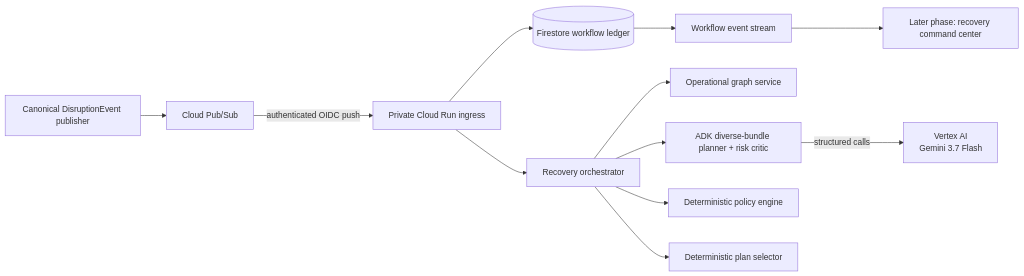
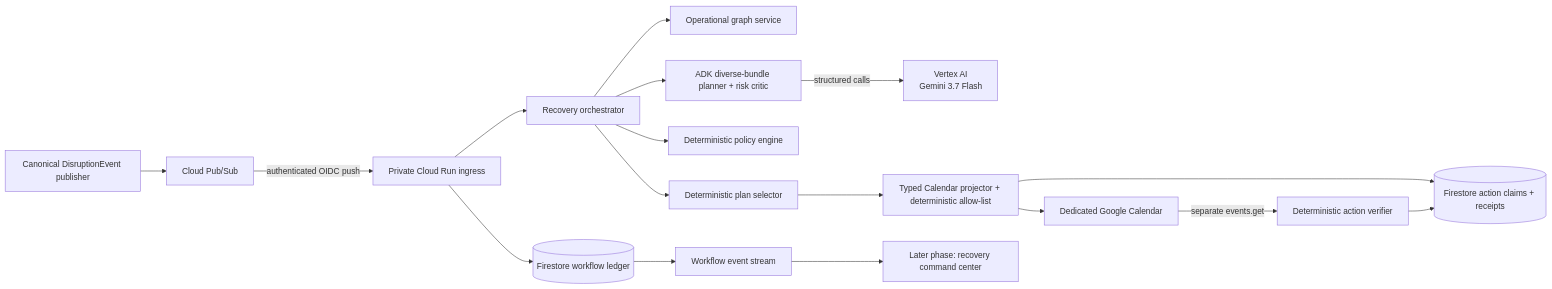
One commit to Rex123-hash/Reflow changed the first of 2 diagrams in docs/architecture.md. Above: the diagram before and after it, drawn with Mermaid. The commit also changed other lines of this file and 23 other files, not shown here.

Commit message:
feat: execute and verify P1B calendar recovery action

````diff
--- a/docs/architecture.md
+++ b/docs/architecture.md
@@ -9,15 +12,20 @@
 ```mermaid
 flowchart LR
     Publisher[Canonical DisruptionEvent publisher] --> PubSub[Cloud Pub/Sub]
     PubSub -->|authenticated OIDC push| Ingress[Private Cloud Run ingress]
     Ingress --> Ledger[(Firestore workflow ledger)]
     Ingress --> Orchestrator[Recovery orchestrator]
 
     Orchestrator --> Graph[Operational graph service]
     Orchestrator --> Agents[ADK diverse-bundle planner + risk critic]
     Agents -->|structured calls| Gemini[Vertex AI\nGemini 3.7 Flash]
     Orchestrator --> Policy[Deterministic policy engine]
     Orchestrator --> Selector[Deterministic plan selector]
+    Selector --> Authorizer[Typed Calendar projector + deterministic allow-list]
+    Authorizer --> ActionLedger[(Firestore action claims + receipts)]
+    Authorizer --> Calendar[Dedicated Google Calendar]
+    Calendar -->|separate events.get| Readback[Deterministic action verifier]
+    Readback --> ActionLedger
     Ledger --> Events[Workflow event stream]
     Events --> FutureUI[Later phase: recovery command center]
 ```
````
